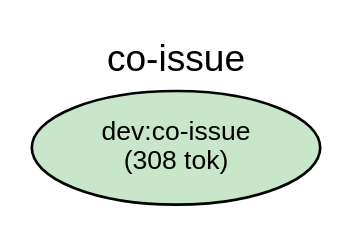
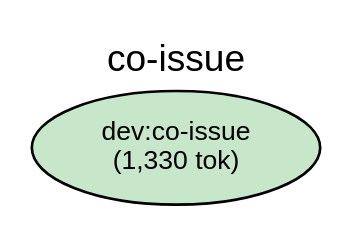
The diagram in plugins/dev/docs/deps-co-issue.dot (shuu5/twill), drawn with Graphviz before and after one commit. The commit also changed 35 other files, not shown here.

```diff
--- a/plugins/dev/docs/deps-co-issue.dot
+++ b/plugins/dev/docs/deps-co-issue.dot
@@ -1,37 +1,37 @@
 digraph Dependencies {
     // Graph settings
     rankdir=LR;
     ranksep=0.8;
     nodesep=0.3;
     fontname="Helvetica";
     node [fontname="Helvetica", fontsize=10];
     edge [fontname="Helvetica", fontsize=9];
     label="co-issue";
     labelloc=t;
     fontsize=14;
 
     // L0: Controller Skills
-    skill_co_issue [label="dev:co-issue\n(308 tok)", shape=ellipse, style=filled, fillcolor="#c8e6c9"];
+    skill_co_issue [label="dev:co-issue\n(1,330 tok)", shape=ellipse, style=filled, fillcolor="#c8e6c9"];
 
     // L0: Launchers
 
     // L0.5: Workflow Skills
 
     // Reference Skills
 
     // L1: Direct Commands
 
     // L2: Sub Commands
 
     // L3: Agents
 
     // L3.5: Scripts
 
     // L4: External
 
     // Layer constraints
     { rank=same; skill_co_issue; }
 
     // Edges
 
 }
```
